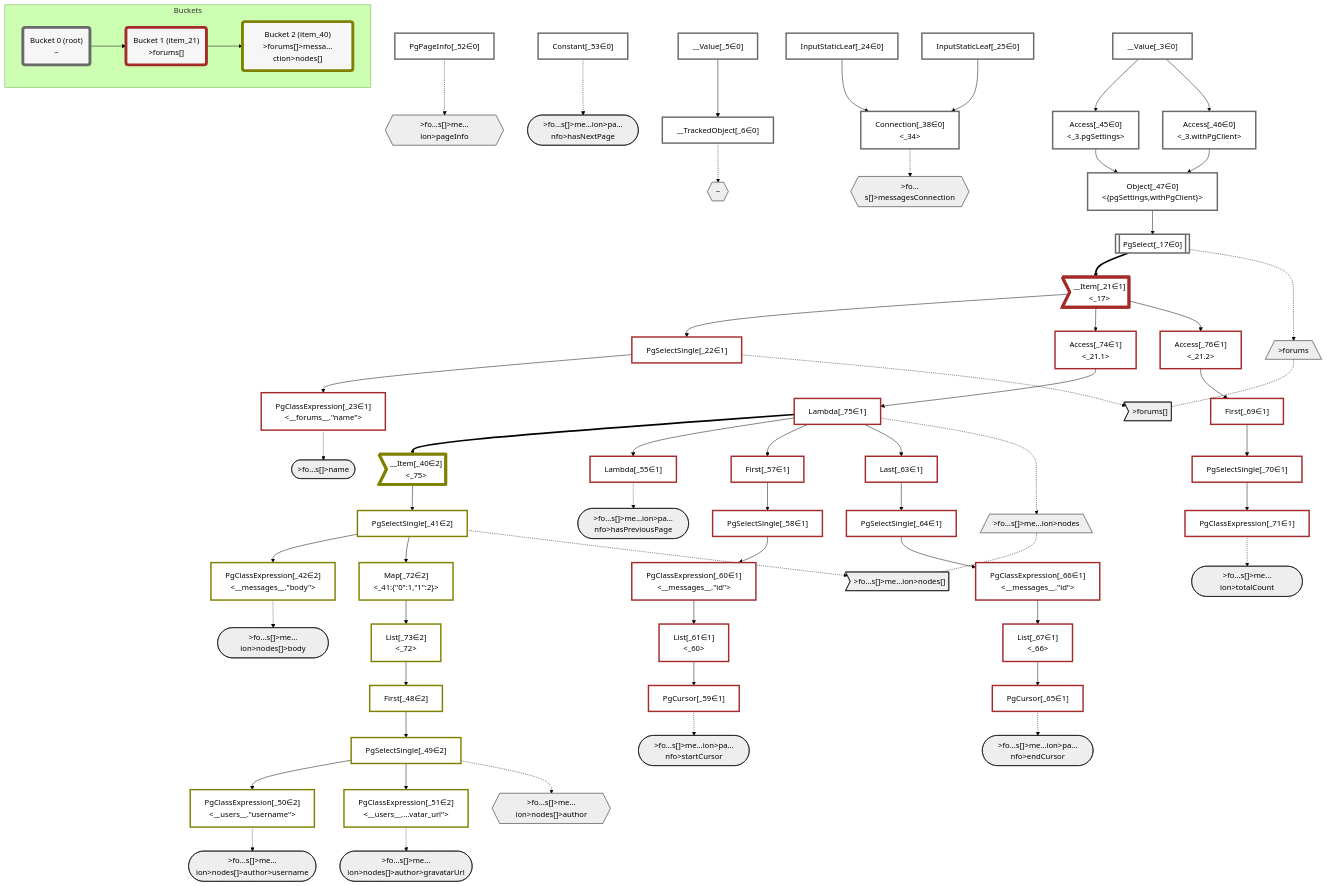
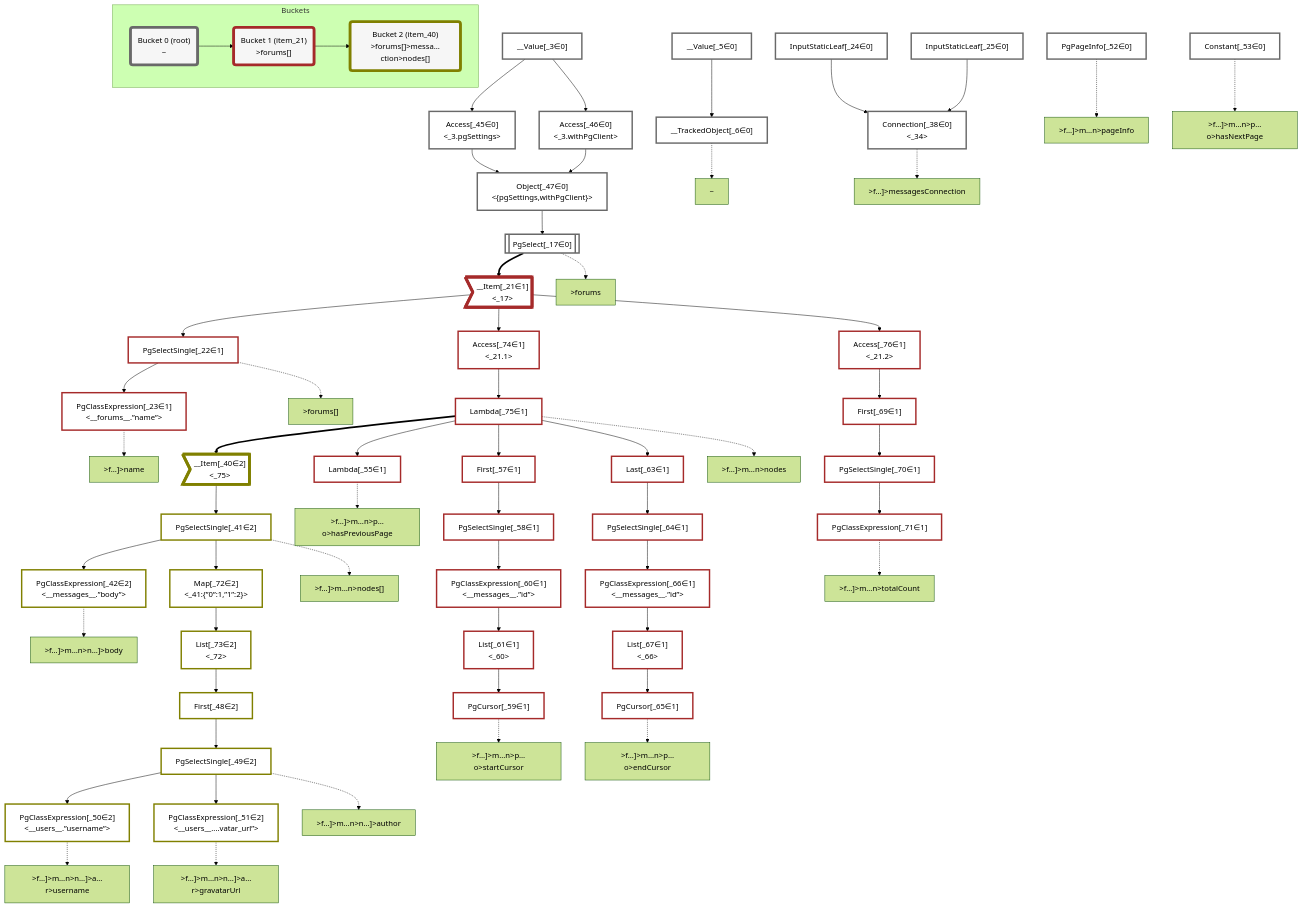
Before and after one commit to graphile/crystal: the diagram in packages/dataplan-pg/__tests__/queries/connections/pagination-when-inlined-backwards-nodes-only.mermaid.md, drawn with Mermaid (forest theme). The commit also changed 195 other files, not shown here.

```diff
--- a/packages/dataplan-pg/__tests__/queries/connections/pagination-when-inlined-backwards-nodes-only.mermaid.md
+++ b/packages/dataplan-pg/__tests__/queries/connections/pagination-when-inlined-backwards-nodes-only.mermaid.md
@@ -6,41 +6,6 @@
     classDef sideeffectplan fill:#f00,stroke-width:6px,color:#000
     classDef bucket fill:#f6f6f6,color:#000,stroke-width:6px
 
-    %% subgraph fields
-    P1{{"~"}}:::path
-    P2[/">forums"\]:::path
-    P3>">forums[]"]:::path
-    P2 -.- P3
-    P4([">fo…s[]>name"]):::path
-    %% P3 -.-> P4
-    P5{{">fo…s[]>messagesConnection"}}:::path
-    P6[/">fo…s[]>me…ion>nodes"\]:::path
-    P7>">fo…s[]>me…ion>nodes[]"]:::path
-    P6 -.- P7
-    P8([">fo…s[]>me…ion>nodes[]>body"]):::path
-    %% P7 -.-> P8
-    P9{{">fo…s[]>me…ion>nodes[]>author"}}:::path
-    P10([">fo…s[]>me…ion>nodes[]>author>username"]):::path
-    %% P9 -.-> P10
-    P11([">fo…s[]>me…ion>nodes[]>author>gravatarUrl"]):::path
-    %% P9 -.-> P11
-    %% P7 -.-> P9
-    %% P5 -.-> P6
-    P12{{">fo…s[]>me…ion>pageInfo"}}:::path
-    P13([">fo…s[]>me…ion>pa…nfo>hasNextPage"]):::path
-    %% P12 -.-> P13
-    P14([">fo…s[]>me…ion>pa…nfo>hasPreviousPage"]):::path
-    %% P12 -.-> P14
-    P15([">fo…s[]>me…ion>pa…nfo>startCursor"]):::path
-    %% P12 -.-> P15
-    P16([">fo…s[]>me…ion>pa…nfo>endCursor"]):::path
-    %% P12 -.-> P16
-    %% P5 -.-> P12
-    P17([">fo…s[]>me…ion>totalCount"]):::path
-    %% P5 -.-> P17
-    %% P3 -.-> P5
-    %% P1 -.-> P2
-    %% end
 
     %% define plans
     __Value_3["__Value[_3∈0]<br /><context>"]:::plan
@@ -49,37 +14,37 @@
     PgSelect_17[["PgSelect[_17∈0]<br /><forums>"]]:::plan
     __Item_21>"__Item[_21∈1]<br /><_17>"]:::itemplan
     PgSelectSingle_22["PgSelectSingle[_22∈1]<br /><forums>"]:::plan
-    PgClassExpression_23["PgClassExpression[_23∈1]<br /><__forums__.#quot;name#quot;>"]:::plan
+    PgClassExpression_23["PgClassExpression[_23∈1]<br /><__forums__.”name”>"]:::plan
     InputStaticLeaf_24["InputStaticLeaf[_24∈0]"]:::plan
     InputStaticLeaf_25["InputStaticLeaf[_25∈0]"]:::plan
     Connection_38["Connection[_38∈0]<br /><_34>"]:::plan
     __Item_40>"__Item[_40∈2]<br /><_75>"]:::itemplan
     PgSelectSingle_41["PgSelectSingle[_41∈2]<br /><messages>"]:::plan
-    PgClassExpression_42["PgClassExpression[_42∈2]<br /><__messages__.#quot;body#quot;>"]:::plan
+    PgClassExpression_42["PgClassExpression[_42∈2]<br /><__messages__.”body”>"]:::plan
     Access_45["Access[_45∈0]<br /><_3.pgSettings>"]:::plan
     Access_46["Access[_46∈0]<br /><_3.withPgClient>"]:::plan
     Object_47["Object[_47∈0]<br /><{pgSettings,withPgClient}>"]:::plan
     First_48["First[_48∈2]"]:::plan
     PgSelectSingle_49["PgSelectSingle[_49∈2]<br /><users>"]:::plan
-    PgClassExpression_50["PgClassExpression[_50∈2]<br /><__users__.#quot;username#quot;>"]:::plan
-    PgClassExpression_51["PgClassExpression[_51∈2]<br /><__users__....vatar_url#quot;>"]:::plan
+    PgClassExpression_50["PgClassExpression[_50∈2]<br /><__users__.”username”>"]:::plan
+    PgClassExpression_51["PgClassExpression[_51∈2]<br /><__users__....vatar_url”>"]:::plan
     PgPageInfo_52["PgPageInfo[_52∈0]"]:::plan
     Constant_53["Constant[_53∈0]"]:::plan
     Lambda_55["Lambda[_55∈1]<br /><listHasMore>"]:::plan
     First_57["First[_57∈1]"]:::plan
     PgSelectSingle_58["PgSelectSingle[_58∈1]<br /><messages>"]:::plan
     PgCursor_59["PgCursor[_59∈1]"]:::plan
-    PgClassExpression_60["PgClassExpression[_60∈1]<br /><__messages__.#quot;id#quot;>"]:::plan
+    PgClassExpression_60["PgClassExpression[_60∈1]<br /><__messages__.”id”>"]:::plan
     List_61["List[_61∈1]<br /><_60>"]:::plan
     Last_63["Last[_63∈1]"]:::plan
     PgSelectSingle_64["PgSelectSingle[_64∈1]<br /><messages>"]:::plan
     PgCursor_65["PgCursor[_65∈1]"]:::plan
-    PgClassExpression_66["PgClassExpression[_66∈1]<br /><__messages__.#quot;id#quot;>"]:::plan
+    PgClassExpression_66["PgClassExpression[_66∈1]<br /><__messages__.”id”>"]:::plan
     List_67["List[_67∈1]<br /><_66>"]:::plan
     First_69["First[_69∈1]"]:::plan
     PgSelectSingle_70["PgSelectSingle[_70∈1]<br /><messages>"]:::plan
     PgClassExpression_71["PgClassExpression[_71∈1]<br /><count(*)>"]:::plan
-    Map_72["Map[_72∈2]<br /><_41:{#quot;0#quot;:1,#quot;1#quot;:2}>"]:::plan
+    Map_72["Map[_72∈2]<br /><_41:{”0”:1,”1”:2}>"]:::plan
     List_73["List[_73∈2]<br /><_72>"]:::plan
     Access_74["Access[_74∈1]<br /><_21.1>"]:::plan
     Lambda_75["Lambda[_75∈1]"]:::plan
@@ -125,22 +90,39 @@
     __Item_21 --> Access_76
 
     %% plan-to-path relationships
+    P1["~"]
     __TrackedObject_6 -.-> P1
+    P2[">forums"]
     PgSelect_17 -.-> P2
+    P3[">forums[]"]
     PgSelectSingle_22 -.-> P3
+    P4[">f…]>name"]
     PgClassExpression_23 -.-> P4
+    P5[">f…]>messagesConnection"]
     Connection_38 -.-> P5
+    P6[">f…]>m…n>nodes"]
     Lambda_75 -.-> P6
+    P7[">f…]>m…n>nodes[]"]
     PgSelectSingle_41 -.-> P7
+    P8[">f…]>m…n>n…]>body"]
     PgClassExpression_42 -.-> P8
+    P9[">f…]>m…n>n…]>author"]
     PgSelectSingle_49 -.-> P9
+    P10[">f…]>m…n>n…]>a…r>username"]
     PgClassExpression_50 -.-> P10
+    P11[">f…]>m…n>n…]>a…r>gravatarUrl"]
     PgClassExpression_51 -.-> P11
+    P12[">f…]>m…n>pageInfo"]
     PgPageInfo_52 -.-> P12
+    P13[">f…]>m…n>p…o>hasNextPage"]
     Constant_53 -.-> P13
+    P14[">f…]>m…n>p…o>hasPreviousPage"]
     Lambda_55 -.-> P14
+    P15[">f…]>m…n>p…o>startCursor"]
     PgCursor_59 -.-> P15
+    P16[">f…]>m…n>p…o>endCursor"]
     PgCursor_65 -.-> P16
+    P17[">f…]>m…n>totalCount"]
     PgClassExpression_71 -.-> P17
 
     %% allocate buckets
```
